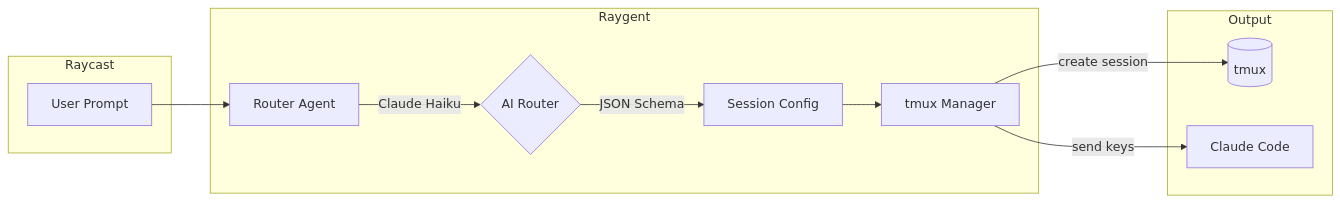
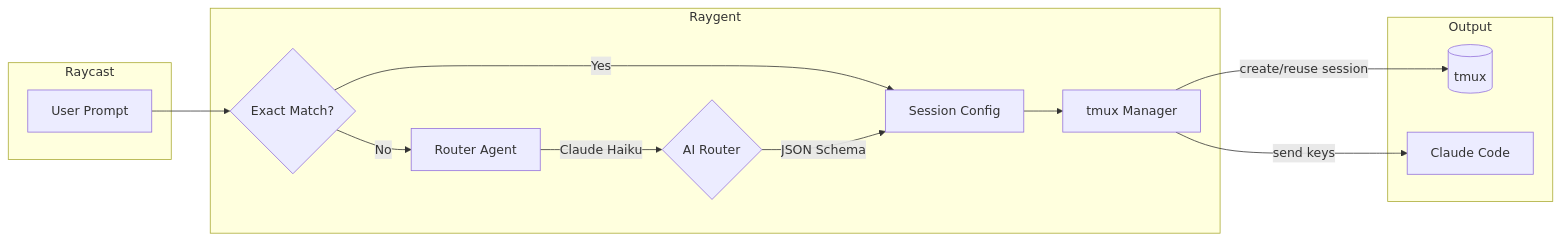
Before and after one commit to joshmu/dotfiles: the diagram in scripts/raygent/README.md, drawn with Mermaid. The commit also changed other lines of this file and 4 other files, not shown here.

First line of the commit message:
feat(raygent): add exactKeywords and tmuxSession for deterministic routing

````diff
--- a/scripts/raygent/README.md
+++ b/scripts/raygent/README.md
@@ -7,18 +7,20 @@
 ```mermaid
 flowchart LR
     subgraph Raycast
         R[User Prompt]
     end
 
     subgraph Raygent
-        R --> RA[Router Agent]
+        R --> EM{Exact Match?}
+        EM -->|Yes| SC[Session Config]
+        EM -->|No| RA[Router Agent]
         RA -->|Claude Haiku| AI{AI Router}
-        AI -->|JSON Schema| SC[Session Config]
+        AI -->|JSON Schema| SC
         SC --> TM[tmux Manager]
     end
 
     subgraph Output
-        TM -->|create session| TMUX[(tmux)]
+        TM -->|create/reuse session| TMUX[(tmux)]
         TM -->|send keys| CC[Claude Code]
     end
 ```
````
